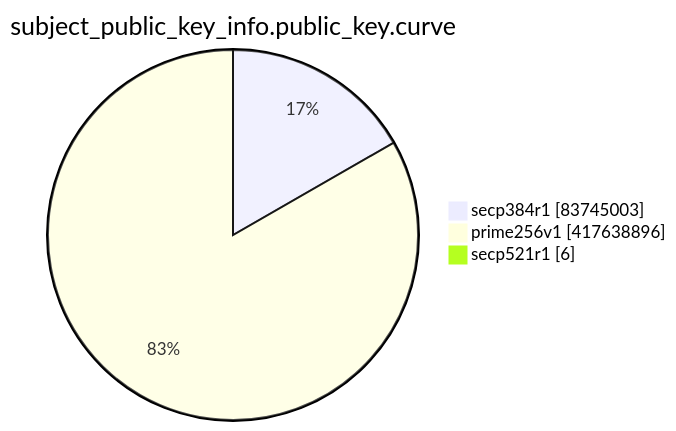
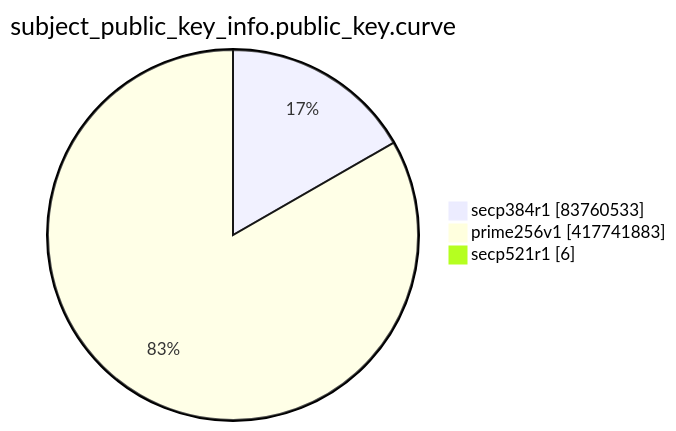
The eighth of 15 diagrams in TOTAL/README.md (christiankrug/ctmonitor_visualization), drawn with Mermaid before and after one commit. The commit also changed other lines of this file, not shown here.

````diff
--- a/TOTAL/README.md
+++ b/TOTAL/README.md
@@ -3098,7 +3098,7 @@
 ```mermaid
 pie showData
 title subject_public_key_info.public_key.curve
-"secp384r1" :83745003
-"prime256v1" :417638896
+"secp384r1" :83760533
+"prime256v1" :417741883
 "secp521r1" :6
 ```
````
